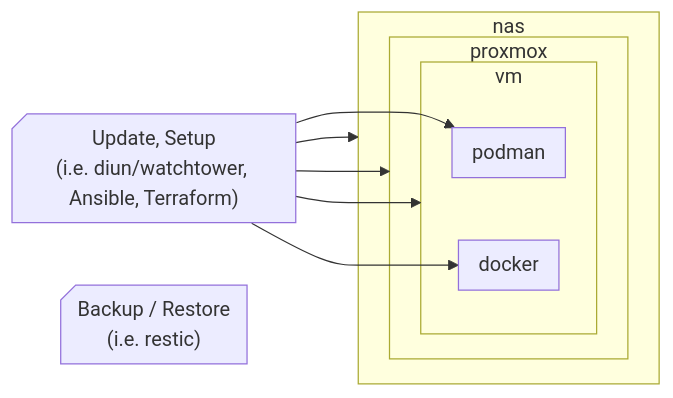
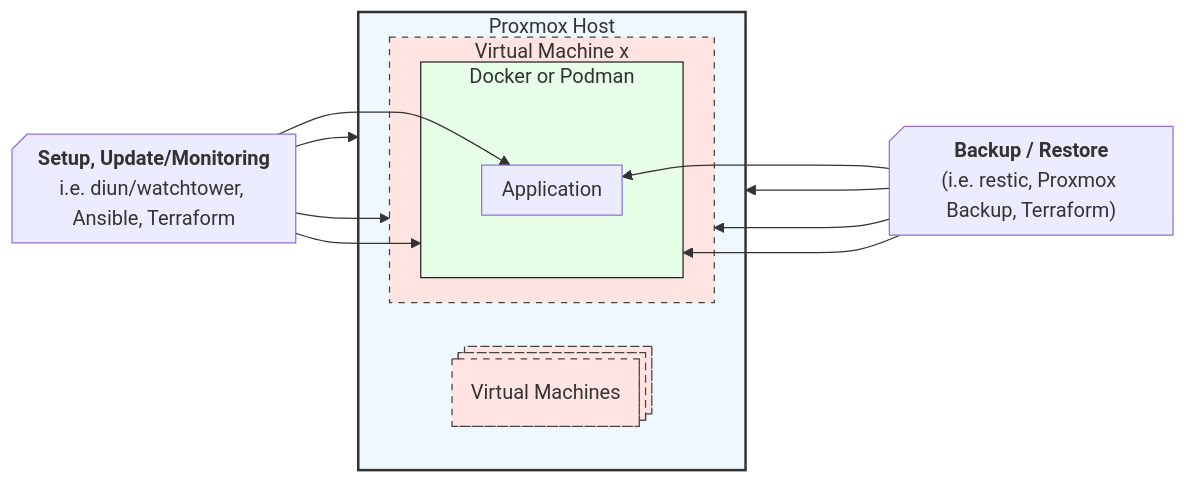
Before and after one commit to draptik/2025-selfhosting: the fifth of 5 diagrams in presentation/slides.md, drawn with Mermaid. The commit also changed other lines of this file, not shown here.

Commit message:
💄 chore: improve network overview diagram

````diff
--- a/presentation/slides.md
+++ b/presentation/slides.md
@@ -206,39 +233,47 @@
 ```mermaid
 flowchart LR
 
-  nas("NAS")
-  proxmox("Proxmox")
-  vm("VM")
-  docker("Docker")
-  podman("Podman")
-  comment@{ shape: notch-rect, label: "Update, Setup
-(i.e. diun/watchtower, Ansible, Terraform)" }
-  comment2@{ shape: notch-rect, label: "Backup / Restore
-(i.e. restic)"}
+  %% classes
+  classDef hidden fill:none,stroke:none;
 
-  subgraph nas
-  subgraph proxmox
-  subgraph vm
+  %% --- placement links first (so we know their indices) ---
+  proxmox --> spacer
+  spacer --> comment2
 
-  subgraph docker
+  %% --- hide the 2 placement links + 4 anchor links (indices 0..5) ---
+  linkStyle 0 opacity:0,stroke-width:0px
+  linkStyle 1 opacity:0,stroke-width:0px
+
+  comment@{ shape: notch-rect, label: "**Setup, Update/Monitoring**<br/>i.e. diun/watchtower, Ansible, Terraform" }
+  comment2@{ shape: notch-rect, label: "**Backup / Restore**<br/>(i.e. restic, Proxmox Backup, Terraform)"}
+  spacer(( )):::hidden
+
+  subgraph proxmox ["Proxmox Host"]
+    vms@{ shape: procs, label: "Virtual Machines" }
+    subgraph vm ["Virtual Machine x"]
+      subgraph docker ["Docker or Podman"]
+        subgraph app ["Application"]
+        end
+      end
+    end
   end
 
-  subgraph podman
-  end
+  %% Styles
+  style proxmox fill:#f0f8ff,stroke:#333,stroke-width:2px
+  style vm fill:#ffe4e1,stroke:#444,stroke-dasharray: 5 5
+  style vms fill:#ffe4e1,stroke:#444,stroke-dasharray: 5 5
+  style docker fill:#e6ffe6,stroke:#222
+  style spacer fill:none,stroke:none
 
-  end
-  end
-  end
-
-  comment --> nas
+  %% --- visible arrows (left fan-out in desired order) ---
   comment --> proxmox
   comment --> vm
   comment --> docker
-  comment --> podman
+  comment --> app
 
-  %% comment2 --> nas
-  %% comment2 --> proxmox
-  %% comment2 --> vm
-  %% comment2 --> docker
-  %% comment2 --> podman
+  %% Right-side links (via spacer)
+  comment2 --> proxmox
+  comment2 --> vm
+  comment2 --> docker
+  comment2 --> app
 ```
````
